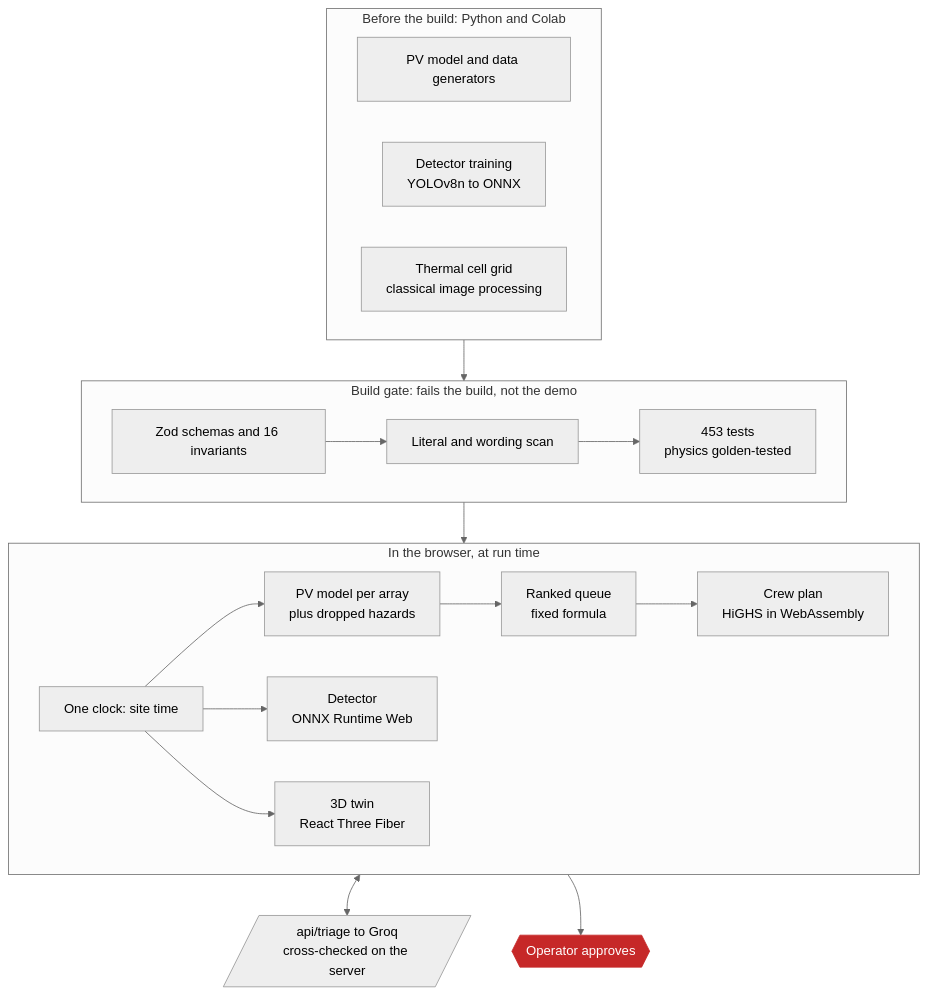
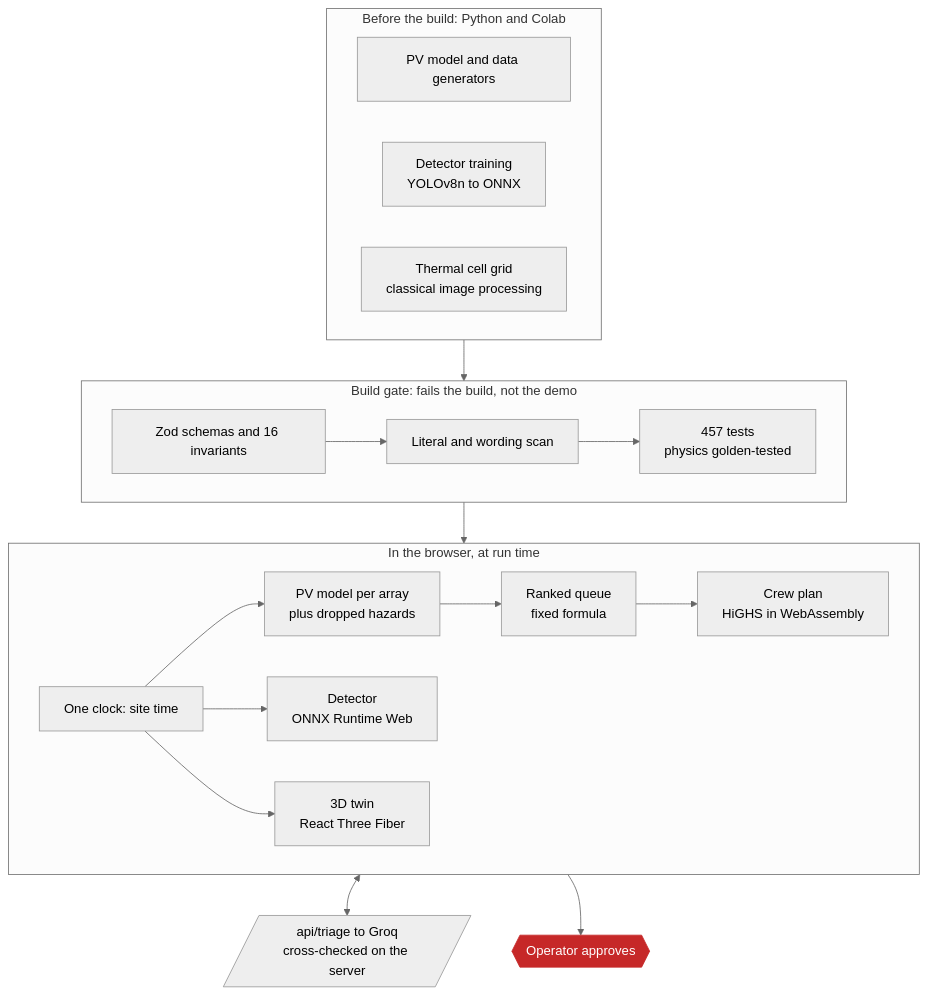
One commit to RAK2315/solar-proj changed the second of 2 diagrams in README.md. Above: the diagram before and after it, drawn with Mermaid (neutral theme). The commit also changed other lines of this file and 70 other files, not shown here.

````diff
--- a/README.md
+++ b/README.md
@@ -149,23 +149,23 @@
 ```mermaid
 flowchart TB
     subgraph offline["Before the build: Python and Colab"]
         P[PV model and data generators]
         T[Detector training<br>YOLOv8n to ONNX]
         H[Thermal cell grid<br>classical image processing]
     end
     subgraph gate["Build gate: fails the build, not the demo"]
-        V[Zod schemas and 16 invariants] --> L[Literal and wording scan] --> X[453 tests<br>physics golden-tested]
+        V[Zod schemas and 16 invariants] --> L[Literal and wording scan] --> X[457 tests<br>physics golden-tested]
     end
     subgraph browser["In the browser, at run time"]
         K[One clock: site time]
         K --> M[PV model per array<br>plus dropped hazards]
         M --> Q[Ranked queue<br>fixed formula]
         Q --> S[Crew plan<br>HiGHS in WebAssembly]
         K --> D[Detector<br>ONNX Runtime Web]
         K --> W[3D twin<br>React Three Fiber]
     end
     offline --> gate --> browser
     browser <--> G[/api/triage to Groq<br>cross-checked on the server/]
     browser --> O{{Operator approves}}
     style O fill:#C62828,color:#fff,stroke:#C62828
 ```
````
